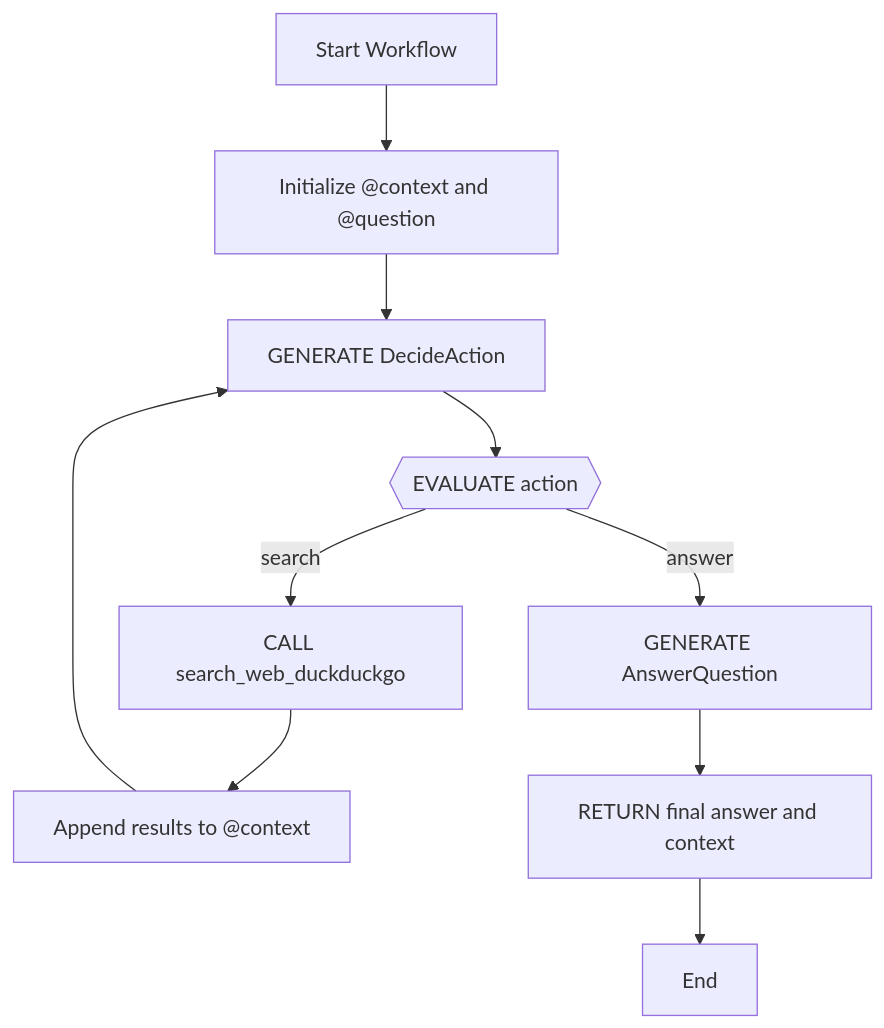
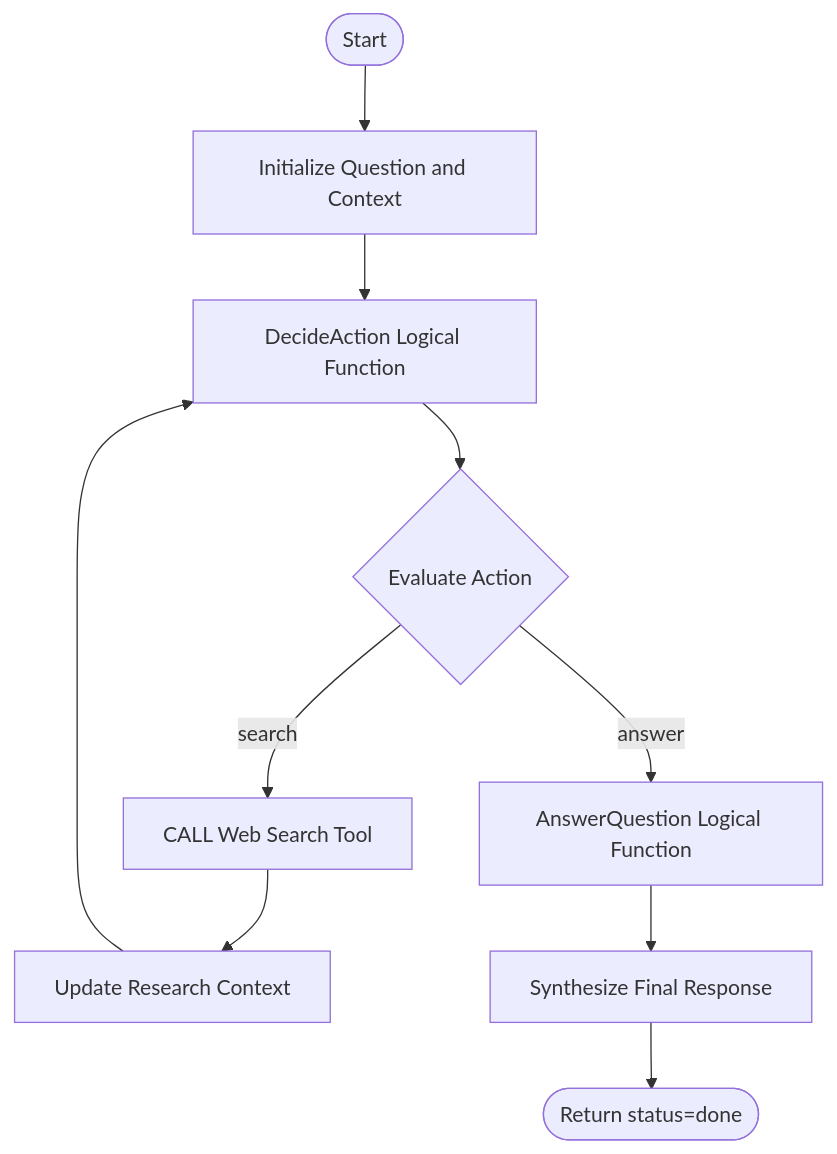
The diagram in NeurIPS-26-lab/R1-agent/tests/openrouter/gemini/S2-agent-openrouter-gemini.md (digital-duck/SPL.py), drawn with Mermaid before and after one commit. The commit also changed other lines of this file and 58 other files, not shown here.

````diff
--- a/NeurIPS-26-lab/R1-agent/tests/openrouter/gemini/S2-agent-openrouter-gemini.md
+++ b/NeurIPS-26-lab/R1-agent/tests/openrouter/gemini/S2-agent-openrouter-gemini.md
@@ -7,12 +7,12 @@
 ```mermaid
-flowchart TD
-    Start[Start Workflow] --> Init[Initialize @context and @question]
-    Init --> Decide[GENERATE DecideAction]
-    Decide --> Eval{{EVALUATE action}}
-    Eval -->|search| Search[CALL search_web_duckduckgo]
-    Search --> Update[Append results to @context]
-    Update --> Decide
-    Eval -->|answer| Answer[GENERATE AnswerQuestion]
-    Answer --> Terminate[RETURN final answer and context]
-    Terminate --> End[End]
+    flowchart TD
+    Start([Start]) --> InitVars[Initialize Question and Context]
+    InitVars --> DecideAction[DecideAction Logical Function]
+    DecideAction --> EvaluateAction{Evaluate Action}
+    EvaluateAction -->|search| WebSearch[CALL Web Search Tool]
+    WebSearch --> UpdateContext[Update Research Context]
+    UpdateContext --> DecideAction
+    EvaluateAction -->|answer| AnswerQuestion[AnswerQuestion Logical Function]
+    AnswerQuestion --> OutputResult[Synthesize Final Response]
+    OutputResult --> End([Return status=done])
 ```
````
